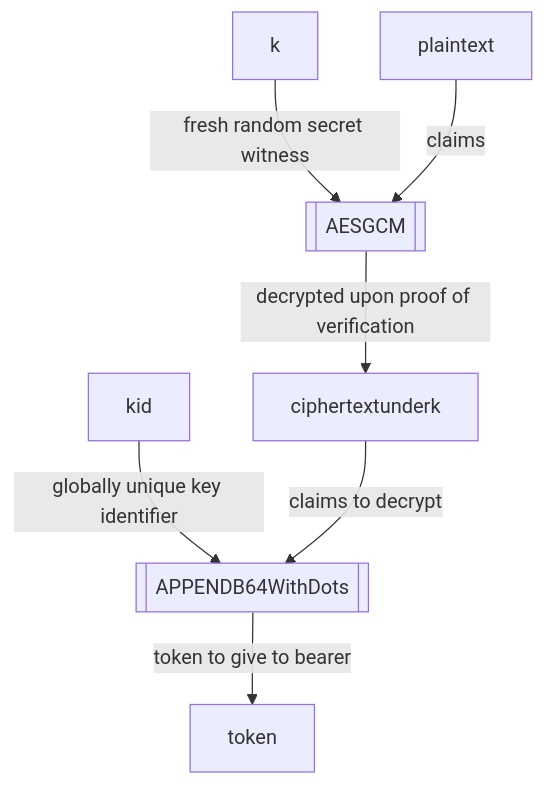
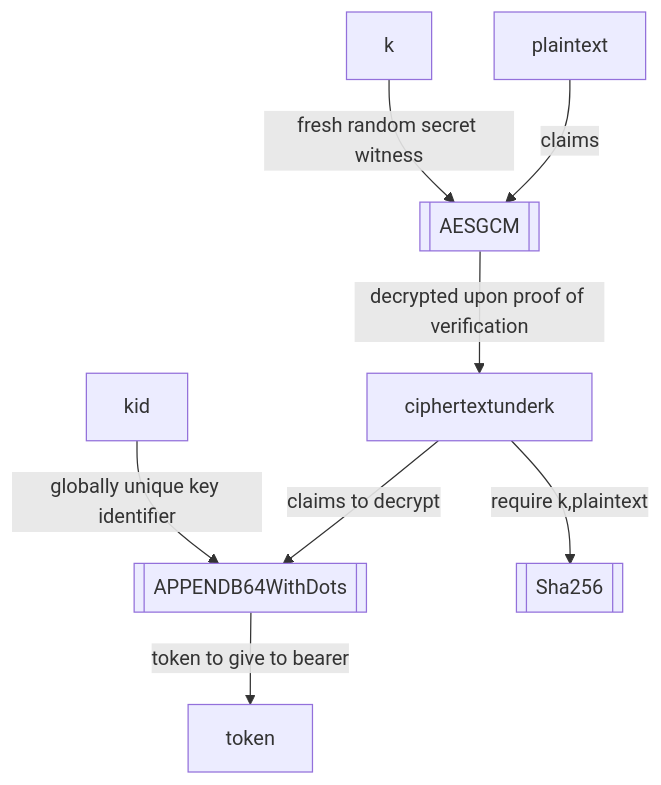
One commit to rfielding/whiskeyTango changed the second of 2 diagrams in README.md. Above: the diagram before and after it, drawn with Mermaid.

Commit message:
update diagram

````diff
--- a/README.md
+++ b/README.md
@@ -94,11 +94,13 @@
 ```mermaid
 flowchart TB
   AESGCM[[AESGCM]]
   APPENDB64WithDots[[APPENDB64WithDots]]
   k-- fresh random secret witness -->AESGCM
   plaintext-- claims -->AESGCM
   AESGCM-- decrypted upon proof of verification -->ciphertextunderk
   kid-- globally unique key identifier -->APPENDB64WithDots
   ciphertextunderk-- claims to decrypt -->APPENDB64WithDots
   APPENDB64WithDots-- token to give to bearer -->token
+  Sha256[[Sha256]]
+  ciphertextunderk-- require k,plaintext -->Sha256
 ```
````
